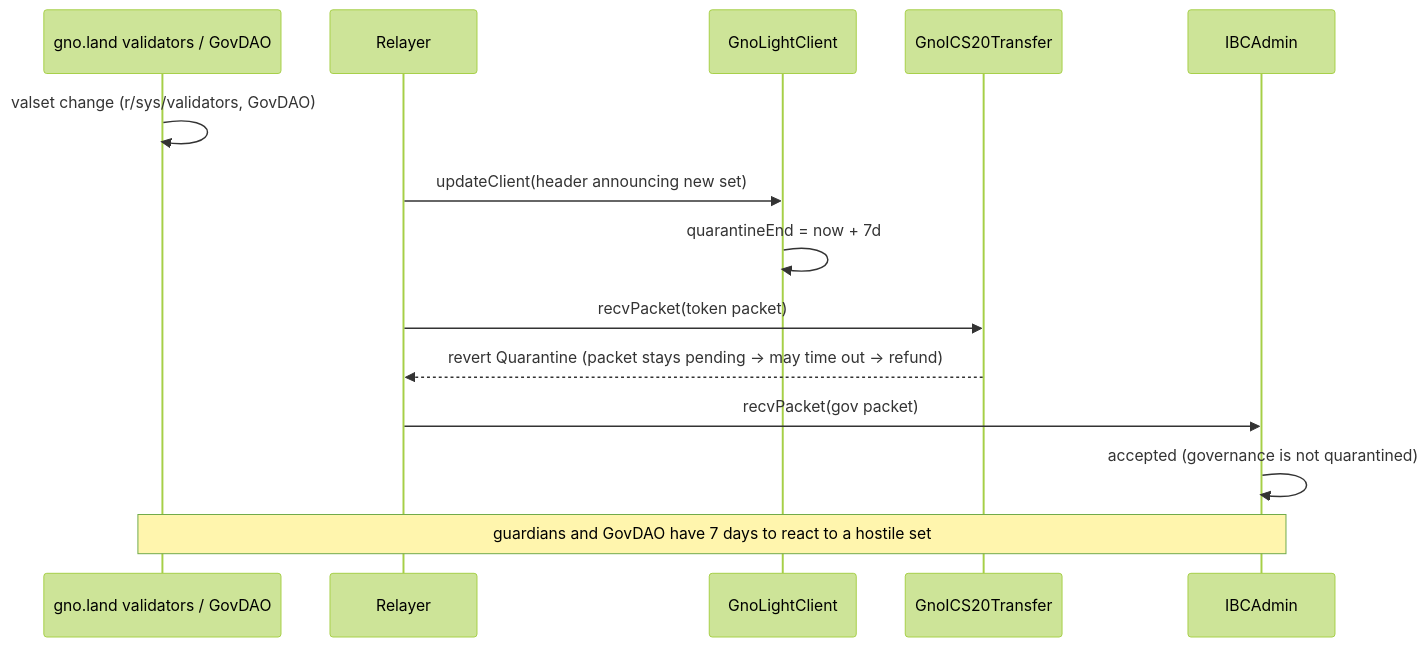
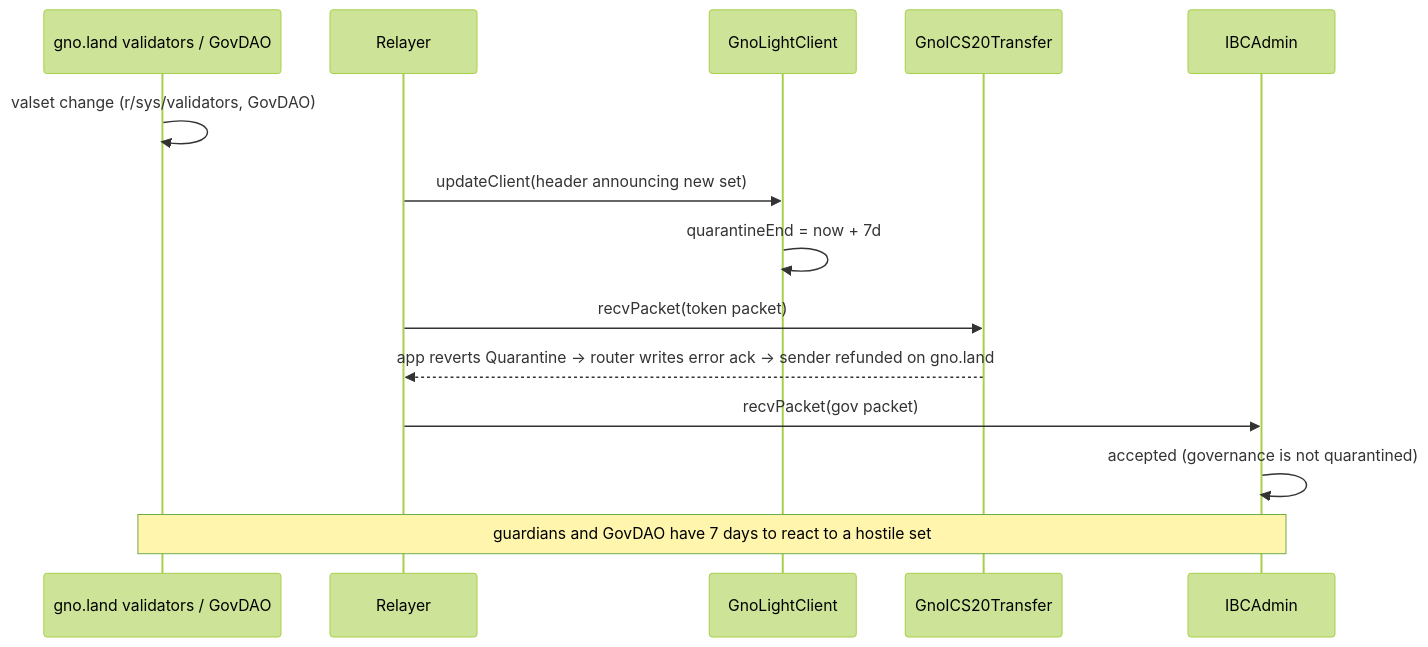
The tenth of 13 diagrams in gno.land/adr/prxxxx_ibc_ethereum.md (gnolang/gno), drawn with Mermaid (forest theme) before and after one commit. The commit also changed other lines of this file, not shown here.

First line of the commit message:
docs(adr): fold a review of the gno.land - Ethereum IBC ADR

````diff
--- a/gno.land/adr/prxxxx_ibc_ethereum.md
+++ b/gno.land/adr/prxxxx_ibc_ethereum.md
@@ -464,16 +489,16 @@
 ```mermaid
 sequenceDiagram
   participant V as gno.land validators / GovDAO
   participant R as Relayer
   participant LC as GnoLightClient
   participant I as GnoICS20Transfer
   participant A as IBCAdmin
   V->>V: valset change (r/sys/validators, GovDAO)
   R->>LC: updateClient(header announcing new set)
   LC->>LC: quarantineEnd = now + 7d
   R->>I: recvPacket(token packet)
-  I-->>R: revert Quarantine (packet stays pending → may time out → refund)
+  I-->>R: app reverts Quarantine → router writes error ack → sender refunded on gno.land
   R->>A: recvPacket(gov packet)
   A->>A: accepted (governance is not quarantined)
   Note over V,A: guardians and GovDAO have 7 days to react to a hostile set
 ```
````
